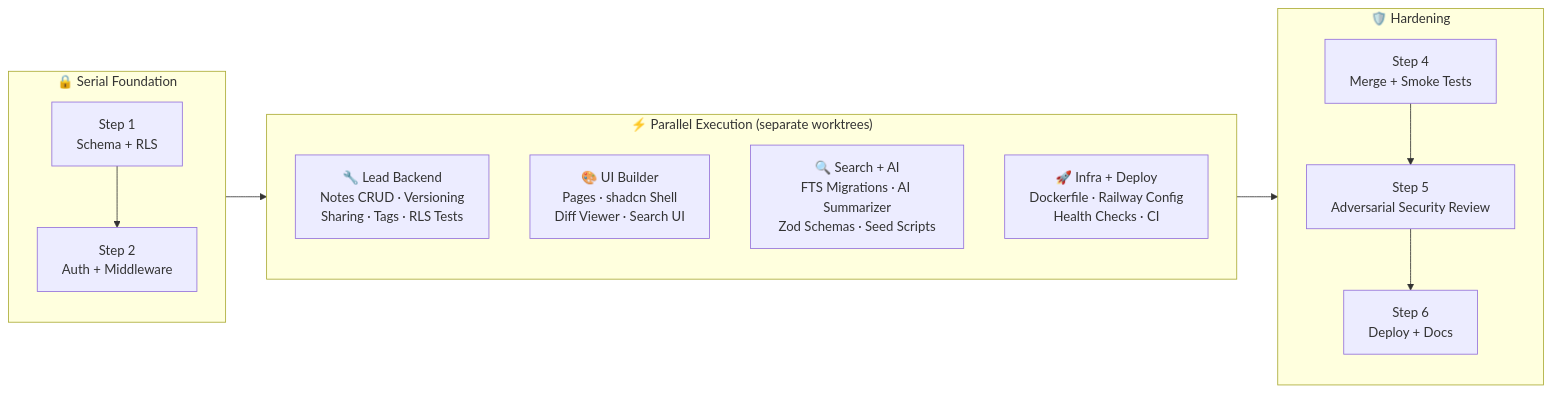
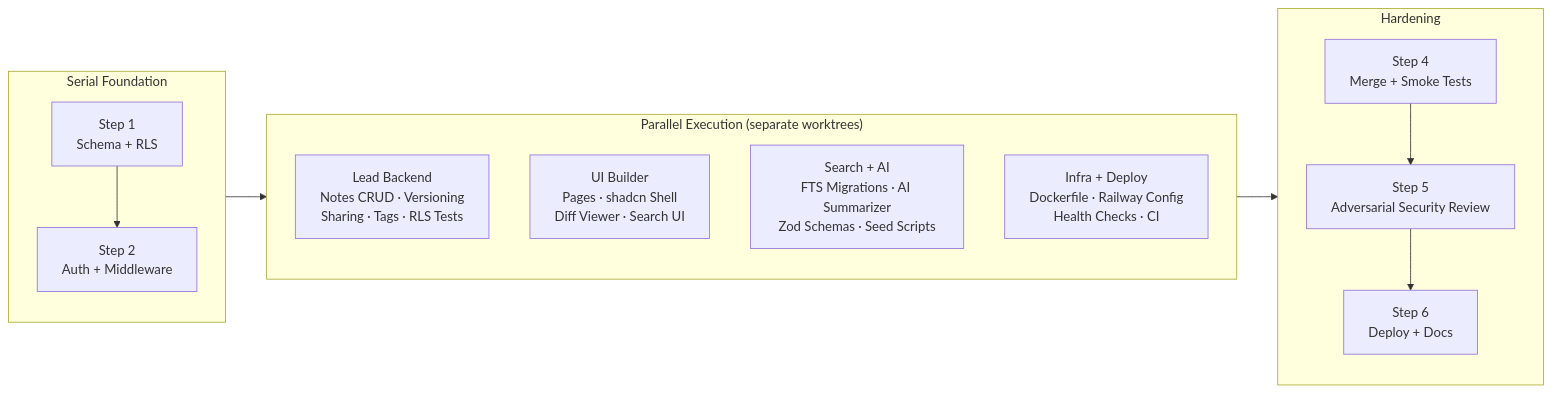
One commit to RishiGitH/notes_app changed the first of 2 diagrams in AI_USAGE.md. Above: the diagram before and after it, drawn with Mermaid. The commit also changed other lines of this file, not shown here.

````diff
--- a/AI_USAGE.md
+++ b/AI_USAGE.md
@@ -11,27 +11,27 @@
 ```mermaid
 flowchart LR
-    subgraph serial["🔒 Serial Foundation"]
+    subgraph serial["Serial Foundation"]
         direction TB
         S1["Step 1\nSchema + RLS"]
         S2["Step 2\nAuth + Middleware"]
         S1 --> S2
     end
 
-    subgraph parallel["⚡ Parallel Execution (separate worktrees)"]
+    subgraph parallel["Parallel Execution (separate worktrees)"]
         direction TB
-        A["🔧 Lead Backend\nNotes CRUD · Versioning\nSharing · Tags · RLS Tests"]
-        B["🎨 UI Builder\nPages · shadcn Shell\nDiff Viewer · Search UI"]
-        C["🔍 Search + AI\nFTS Migrations · AI Summarizer\nZod Schemas · Seed Scripts"]
-        D["🚀 Infra + Deploy\nDockerfile · Railway Config\nHealth Checks · CI"]
+        A["Lead Backend\nNotes CRUD · Versioning\nSharing · Tags · RLS Tests"]
+        B["UI Builder\nPages · shadcn Shell\nDiff Viewer · Search UI"]
+        C["Search + AI\nFTS Migrations · AI Summarizer\nZod Schemas · Seed Scripts"]
+        D["Infra + Deploy\nDockerfile · Railway Config\nHealth Checks · CI"]
     end
 
-    subgraph harden["🛡️ Hardening"]
+    subgraph harden["Hardening"]
         direction TB
         E["Step 4\nMerge + Smoke Tests"]
         F["Step 5\nAdversarial Security Review"]
         G["Step 6\nDeploy + Docs"]
         E --> F --> G
     end
 
     serial --> parallel --> harden
 ```
````
